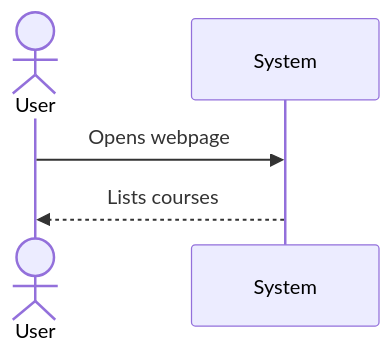
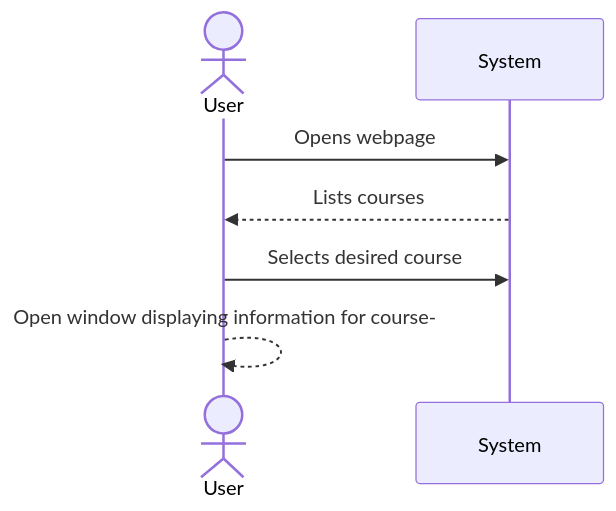
One commit to NoahBarrall/411Project changed the second of 2 diagrams in System_Proposal_411.md. Above: the diagram before and after it, drawn with Mermaid.

````diff
--- a/System_Proposal_411.md
+++ b/System_Proposal_411.md
@@ -89,11 +89,14 @@
 ```mermaid
 sequenceDiagram
    actor J as User
    participant S as System
 
    J->>S: Opens webpage
    S-->>J: Lists courses
 
+   J->>S: Selects desired course
+   J-->>J: Open window displaying information for course-
+
 
 
 ```
````
